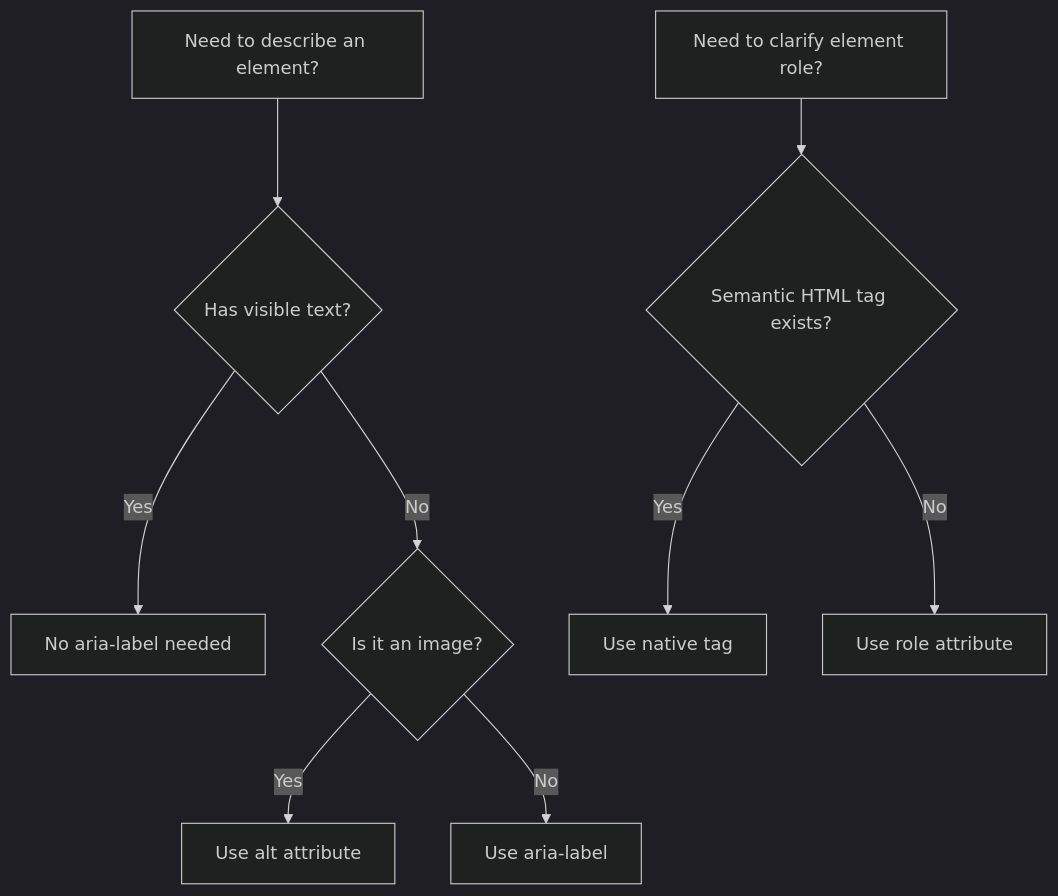
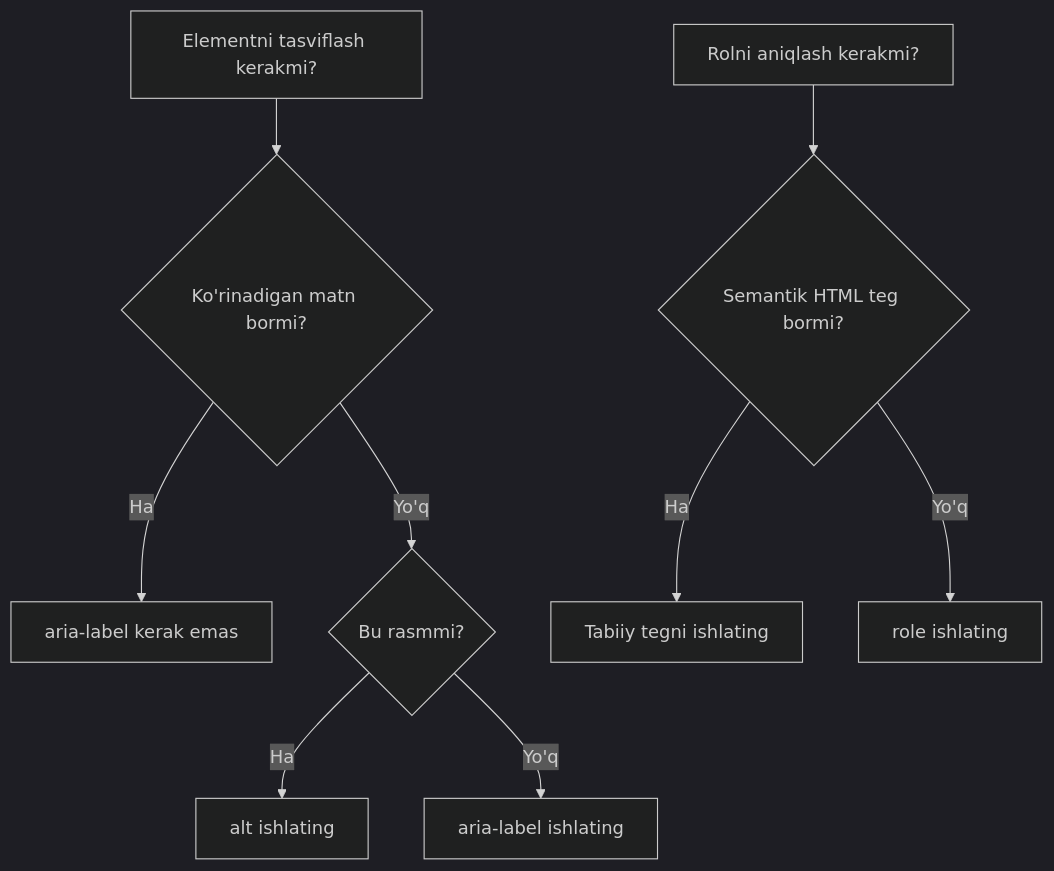
One commit to JLearn-space/HTML changed the second of 2 diagrams in Lesson-8/uz/Mavjudlik (a11y).md. Above: the diagram before and after it, drawn with Mermaid (dark theme). The commit also changed other lines of this file and 12 other files, not shown here.

Commit message:
Fix typos, broken markdown, Mermaid diagrams, localize RU/UZ labels, rename mixed-script filename

````diff
--- a/Lesson-8/uz/Mavjudlik (a11y).md
+++ b/Lesson-8/uz/Mavjudlik (a11y).md
@@ -139,11 +139,11 @@
 ```mermaid
 flowchart TD
-    A["Need to describe an element?"] --> B{"Has visible text?"}
-    B -->|Yes| C["No aria-label needed"]
-    B -->|No| D{"Is it an image?"}
-    D -->|Yes| E["Use alt attribute"]
-    D -->|No| F["Use aria-label"]
-    G["Need to clarify element role?"] --> H{"Semantic HTML tag exists?"}
-    H -->|Yes| I["Use native tag"]
-    H -->|No| J["Use role attribute"]
+    A["Elementni tasviflash kerakmi?"] --> B{"Ko'rinadigan matn bormi?"}
+    B -->|Ha| C["aria-label kerak emas"]
+    B -->|Yo'q| D{"Bu rasmmi?"}
+    D -->|Ha| E["alt ishlating"]
+    D -->|Yo'q| F["aria-label ishlating"]
+    G["Rolni aniqlash kerakmi?"] --> H{"Semantik HTML teg bormi?"}
+    H -->|Ha| I["Tabiiy tegni ishlating"]
+    H -->|Yo'q| J["role ishlating"]
 ```
````
